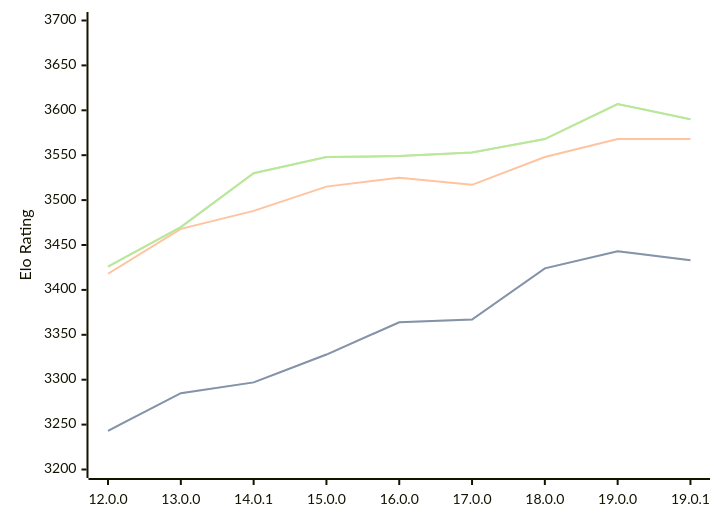
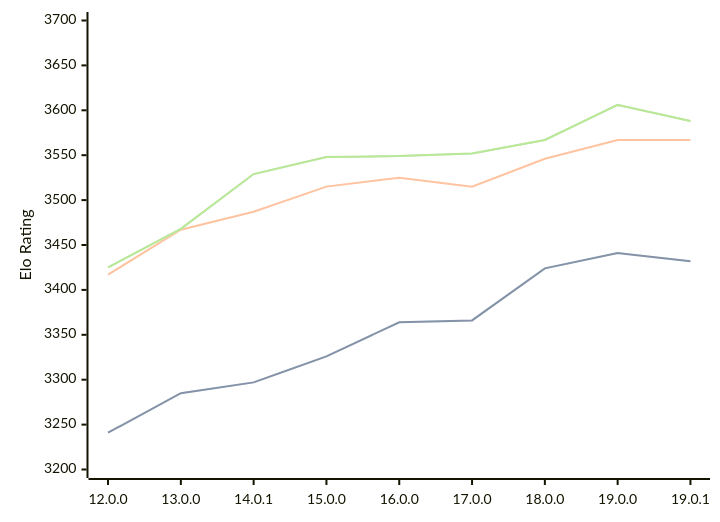
One commit to computer-chess-index/cci changed the diagram in engines/Viridithas.md. Above: the diagram before and after it, drawn with Mermaid. The commit also changed other lines of this file, not shown here.

Commit message:
Update CCI Ratings (ELO VLTC) - 2026-02-18

````diff
--- a/engines/Viridithas.md
+++ b/engines/Viridithas.md
@@ -60,11 +60,11 @@
 ```mermaid
 %%{init: {"theme":"base","themeVariables":{"seriesColors:['#a3a3a3','#222221','#faa371']}}}%%
 xychart-beta
   x-axis ["12.0.0", "13.0.0", "14.0.1", "15.0.0", "16.0.0", "17.0.0", "18.0.0", "19.0.0", "19.0.1"]
   y-axis "Elo Rating" 3200 --> 3700
-  line "STC (8.0+0.08s)" [3243, 3285, 3297, 3328, 3364, 3367, 3424, 3443, 3433]
-  line "STC (8.0+0.08s)" [3243, 3285, 3297, 3328, 3364, 3367, 3424, 3443, 3433]
-  line "LTC (60.0+0.60s)" [3418, 3468, 3488, 3515, 3525, 3517, 3548, 3568, 3568]
-  line "VLTC (2m24s+1.12s)" [3426, 3470, 3530, 3548, 3549, 3553, 3568, 3607, 3590]
-  line "VLTC (2m24s+1.12s)" [3426, 3470, 3530, 3548, 3549, 3553, 3568, 3607, 3590]
+  line "STC (8.0+0.08s)" [3241, 3285, 3297, 3326, 3364, 3366, 3424, 3441, 3432]
+  line "STC (8.0+0.08s)" [3241, 3285, 3297, 3326, 3364, 3366, 3424, 3441, 3432]
+  line "LTC (60.0+0.60s)" [3417, 3467, 3487, 3515, 3525, 3515, 3546, 3567, 3567]
+  line "VLTC (2m24s+1.12s)" [3425, 3468, 3529, 3548, 3549, 3552, 3567, 3606, 3588]
+  line "VLTC (2m24s+1.12s)" [3425, 3468, 3529, 3548, 3549, 3552, 3567, 3606, 3588]
 ```
````
